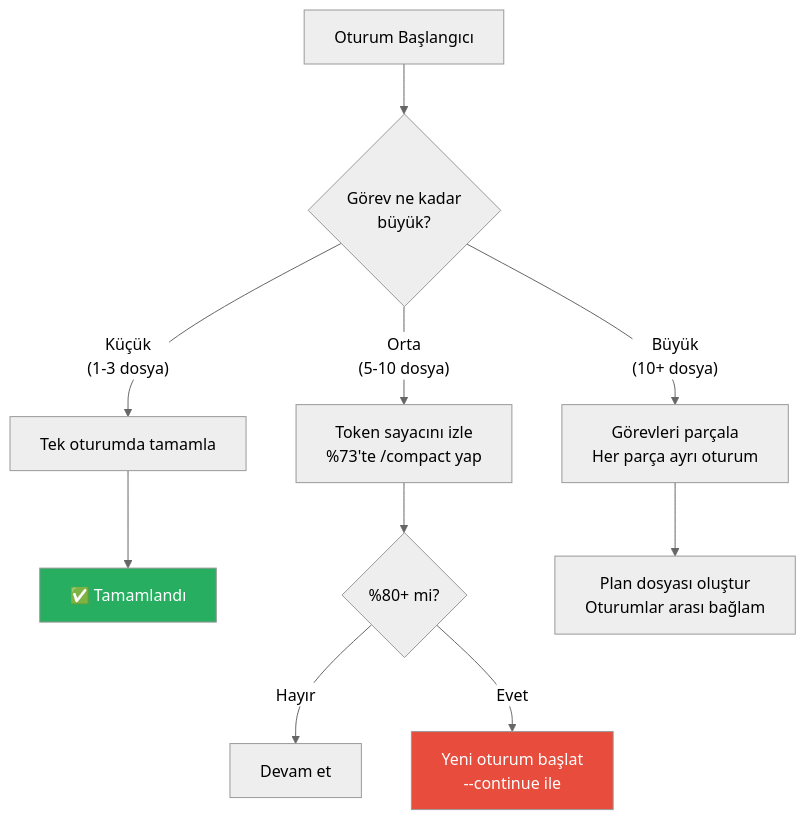
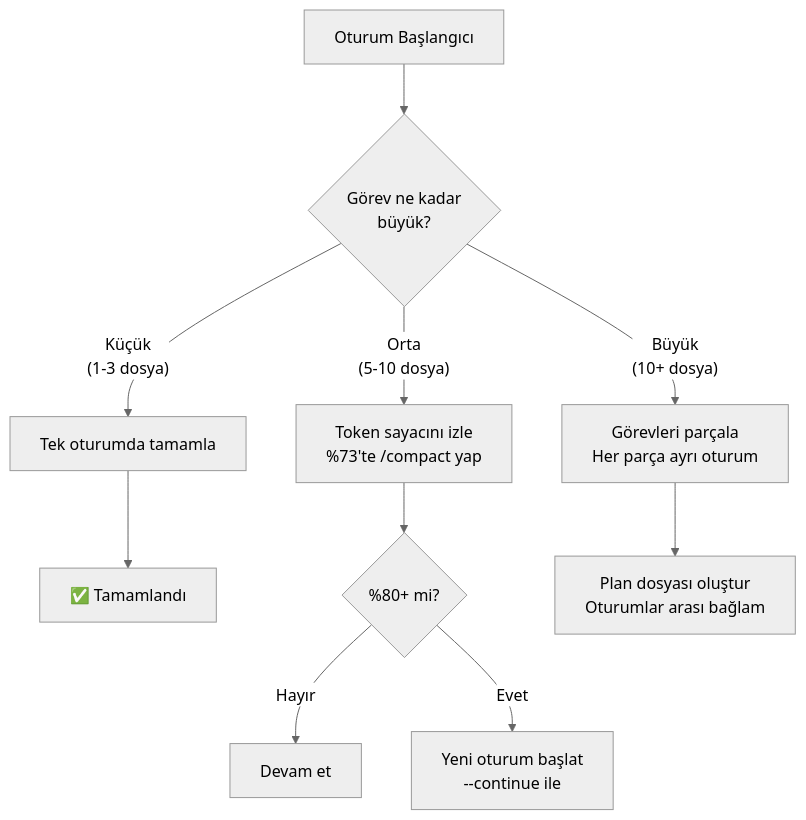
Before and after one commit to IzzetYasinAtes/ClaudeCodeHandbook: the seventh of 7 diagrams in 09-bellek-ve-baglam/05-context-window-yonetimi.md, drawn with Mermaid (neutral theme). The commit also changed other lines of this file and 97 other files, not shown here.

Commit message:
Remove all custom Mermaid style/fill colors from 98 markdown files for consistent dark theme rendering

````diff
--- a/09-bellek-ve-baglam/05-context-window-yonetimi.md
+++ b/09-bellek-ve-baglam/05-context-window-yonetimi.md
@@ -354,17 +332,15 @@
 ```mermaid
 flowchart TD
     START["Oturum Başlangıcı"] --> Q1{"Görev ne kadar<br/>büyük?"}
 
     Q1 -->|"Küçük<br/>(1-3 dosya)"| SINGLE["Tek oturumda tamamla"]
     Q1 -->|"Orta<br/>(5-10 dosya)"| MONITOR["Token sayacını izle<br/>%73'te /compact yap"]
     Q1 -->|"Büyük<br/>(10+ dosya)"| CHUNK["Görevleri parçala<br/>Her parça ayrı oturum"]
 
     SINGLE --> DONE["✅ Tamamlandı"]
     MONITOR --> CHECK{"%80+ mi?"}
     CHECK -->|"Hayır"| CONTINUE["Devam et"]
     CHECK -->|"Evet"| NEW["Yeni oturum başlat<br/>--continue ile"]
     CHUNK --> PLAN["Plan dosyası oluştur<br/>Oturumlar arası bağlam"]
 
-    style DONE fill:#27AE60,color:#fff
-    style NEW fill:#E74C3C,color:#fff
 ```
````
